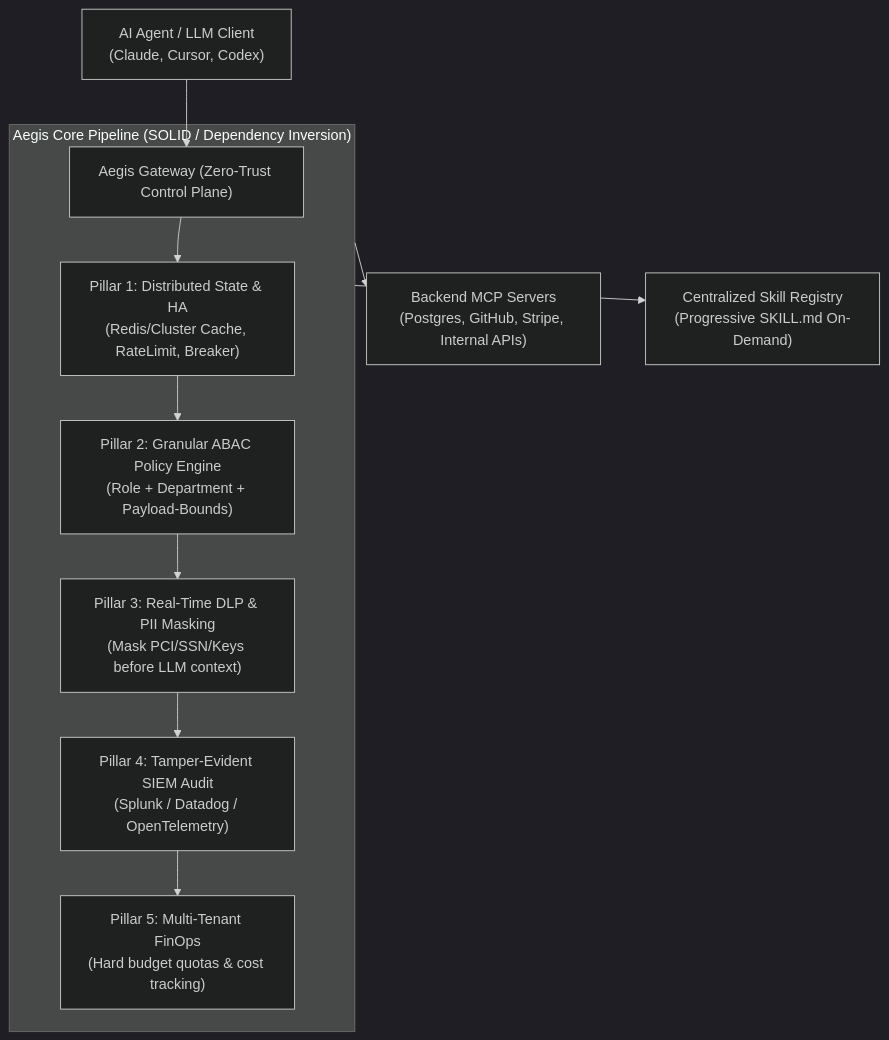
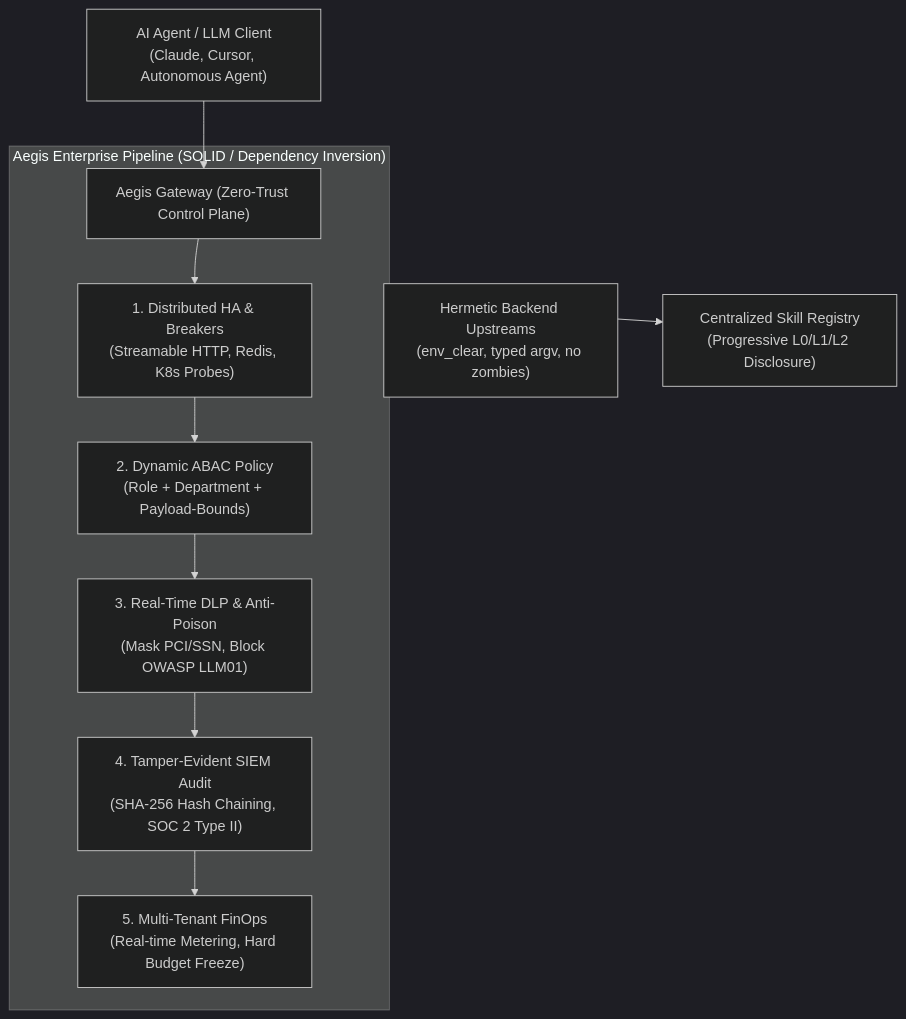
Before and after one commit to ihkaru/aegis-gateway: the diagram in README.md, drawn with Mermaid (dark theme). The commit also changed other lines of this file, not shown here.

Commit message:
docs: revamp README.md with DX-centric persona journeys and real-world quickstarts

````diff
--- a/README.md
+++ b/README.md
@@ -18,15 +19,15 @@
 ```mermaid
 flowchart TD
-    Client["AI Agent / LLM Client<br/>(Claude, Cursor, Codex)"] --> GW["Aegis Gateway (Zero-Trust Control Plane)"]
+    Client["AI Agent / LLM Client<br/>(Claude, Cursor, Autonomous Agent)"] --> GW["Aegis Gateway (Zero-Trust Control Plane)"]
     
-    subgraph Core["Aegis Core Pipeline (SOLID / Dependency Inversion)"]
-        GW --> P1["Pillar 1: Distributed State & HA<br/>(Redis/Cluster Cache, RateLimit, Breaker)"]
-        P1 --> P2["Pillar 2: Granular ABAC Policy Engine<br/>(Role + Department + Payload-Bounds)"]
-        P2 --> P3["Pillar 3: Real-Time DLP & PII Masking<br/>(Mask PCI/SSN/Keys before LLM context)"]
-        P3 --> P4["Pillar 4: Tamper-Evident SIEM Audit<br/>(Splunk / Datadog / OpenTelemetry)"]
-        P4 --> P5["Pillar 5: Multi-Tenant FinOps<br/>(Hard budget quotas & cost tracking)"]
+    subgraph Core["Aegis Enterprise Pipeline (SOLID / Dependency Inversion)"]
+        GW --> P1["1. Distributed HA & Breakers<br/>(Streamable HTTP, Redis, K8s Probes)"]
+        P1 --> P2["2. Dynamic ABAC Policy<br/>(Role + Department + Payload-Bounds)"]
+        P2 --> P3["3. Real-Time DLP & Anti-Poison<br/>(Mask PCI/SSN, Block OWASP LLM01)"]
+        P3 --> P4["4. Tamper-Evident SIEM Audit<br/>(SHA-256 Hash Chaining, SOC 2 Type II)"]
+        P4 --> P5["5. Multi-Tenant FinOps<br/>(Real-time Metering, Hard Budget Freeze)"]
     end
     
-    Core --> Tools["Backend MCP Servers<br/>(Postgres, GitHub, Stripe, Internal APIs)"]
-    Core --> Skills["Centralized Skill Registry<br/>(Progressive SKILL.md On-Demand)"]
+    Core --> Tools["Hermetic Backend Upstreams<br/>(env_clear, typed argv, no zombies)"]
+    Core --> Skills["Centralized Skill Registry<br/>(Progressive L0/L1/L2 Disclosure)"]
 ```
````
